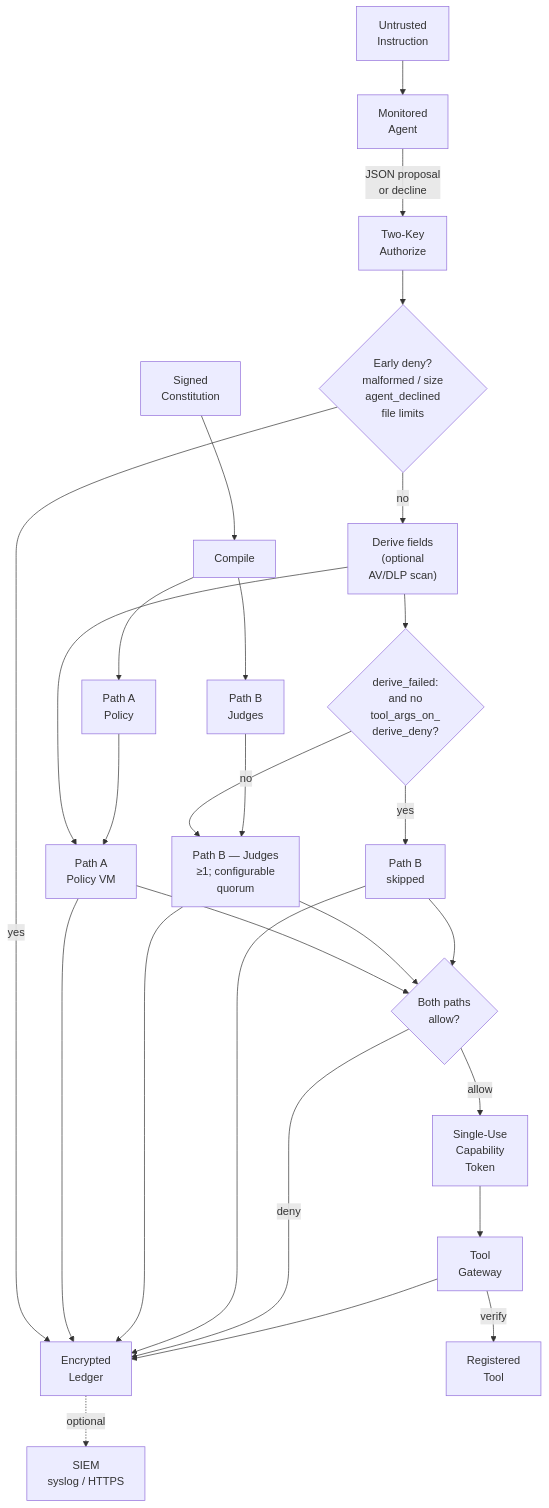
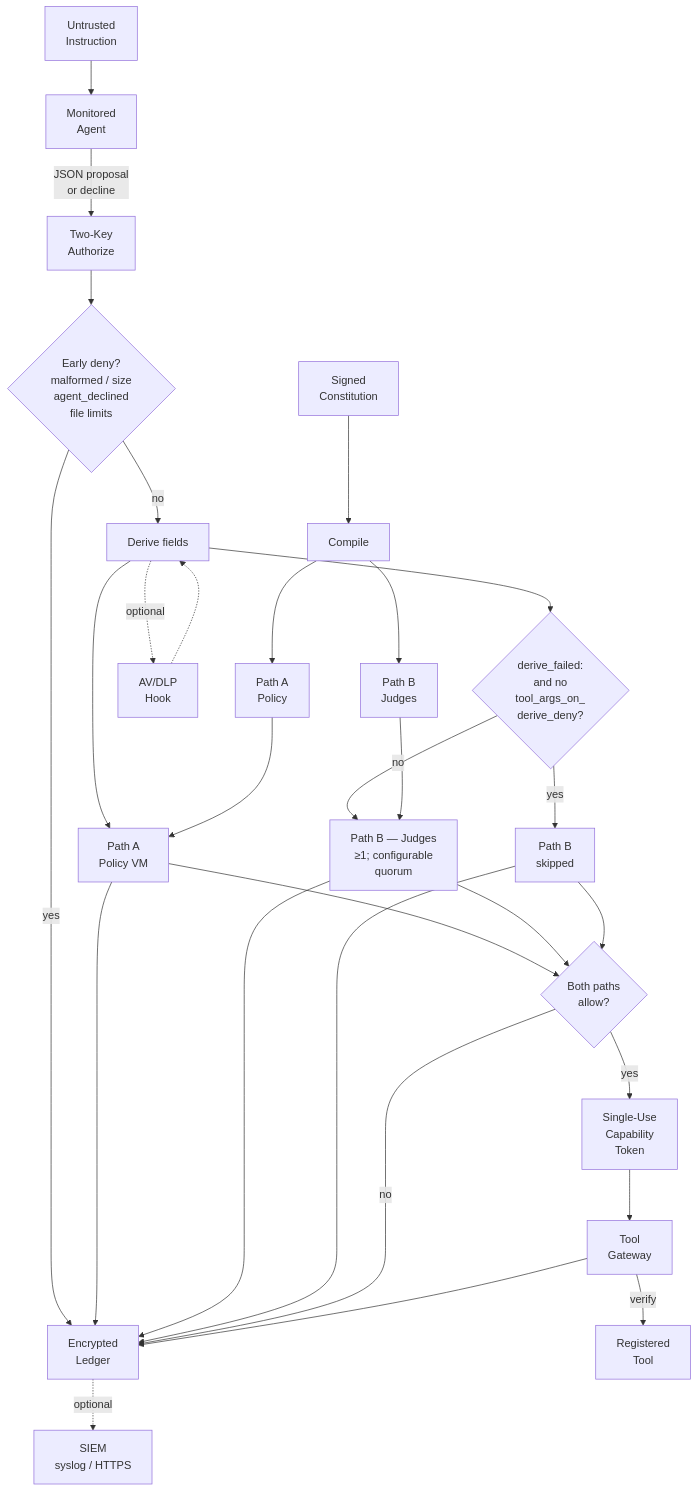
The second of 4 diagrams in README.md (Insomniac-VibeLabs/two-key), drawn with Mermaid before and after one commit.

````diff
--- a/README.md
+++ b/README.md
@@ -269,38 +269,41 @@
 ```mermaid
 flowchart TD
   constitution["Signed<br/>Constitution"] --> compile["Compile"]
   compile --> bytecode["Path A<br/>Policy"]
   compile --> judgeText["Path B<br/>Judges"]
 
   instruction["Untrusted<br/>Instruction"] --> agent["Monitored<br/>Agent"]
   agent -->|"JSON proposal<br/>or decline"| authorize["Two-Key<br/>Authorize"]
 
   authorize --> early{"Early deny?<br/>malformed / size<br/>agent_declined<br/>file limits"}
   early -->|yes| ledger["Encrypted<br/>Ledger"]
-  early -->|no| derive["Derive fields<br/>(optional<br/>AV/DLP scan)"]
+  early -->|no| derive["Derive fields"]
+
+  derive -.->|"optional"| hook["AV/DLP<br/>Hook"]
+  hook -.-> derive
 
   derive --> pathA["Path A<br/>Policy VM"]
   bytecode --> pathA
 
   derive --> pbCheck{"derive_failed:<br/>and no<br/>tool_args_on_<br/>derive_deny?"}
   pbCheck -->|yes| skipped["Path B<br/>skipped"]
   pbCheck -->|no| pathB["Path B — Judges<br/>≥1; configurable<br/>quorum"]
   judgeText --> pathB
 
   pathA --> gate{"Both paths<br/>allow?"}
   pathB --> gate
   skipped --> gate
 
   pathA --> ledger
   pathB --> ledger
   skipped --> ledger
 
-  gate -->|deny| ledger
-  gate -->|allow| token["Single-Use<br/>Capability<br/>Token"]
+  gate -->|no| ledger
+  gate -->|yes| token["Single-Use<br/>Capability<br/>Token"]
 
   token --> gateway["Tool<br/>Gateway"]
   gateway -->|"verify"| tool["Registered<br/>Tool"]
   gateway --> ledger
 
   ledger -.->|"optional"| siem["SIEM<br/>syslog / HTTPS"]
 ```
````
